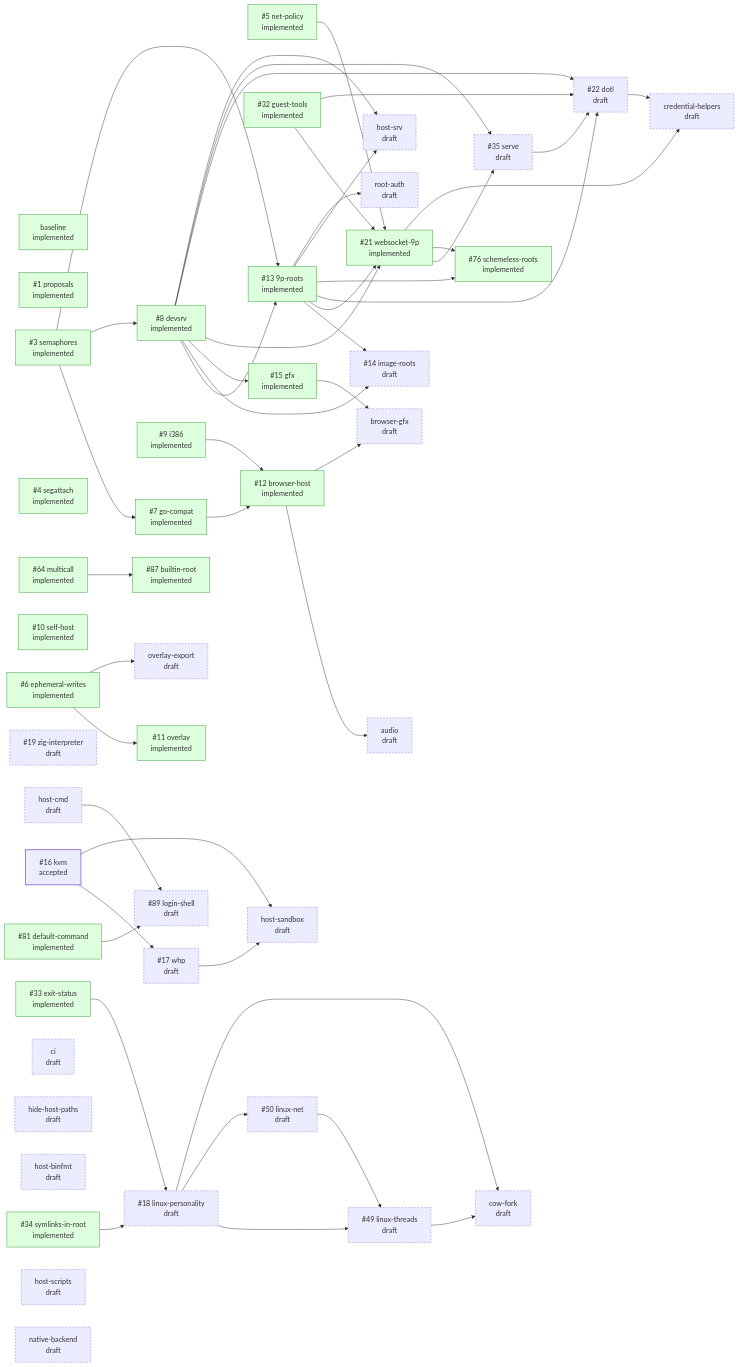
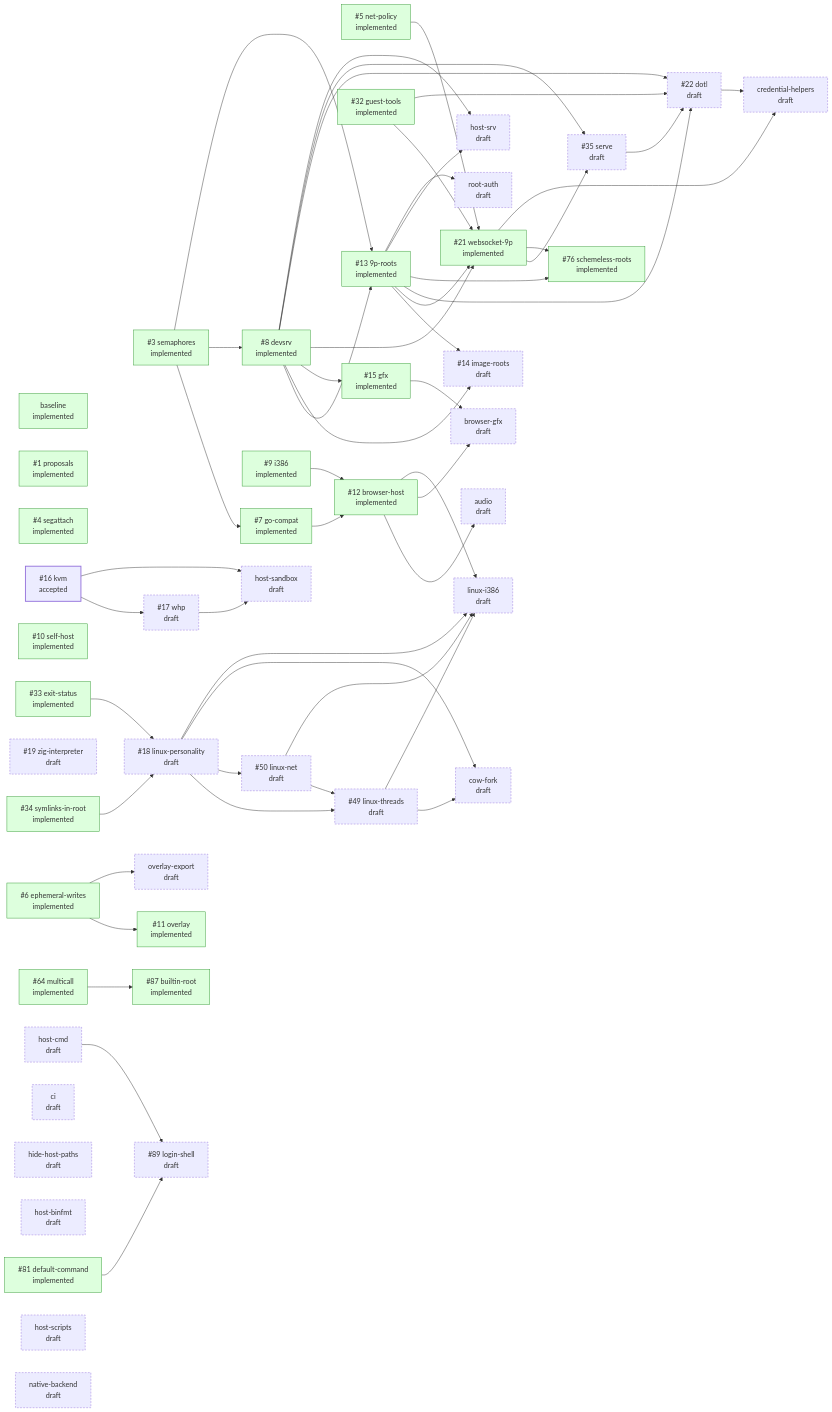
One commit to progrium/hyper9 changed the diagram in design/STATUS.md. Above: the diagram before and after it, drawn with Mermaid. The commit also changed other lines of this file, not shown here.

Commit message:
design: regenerate STATUS.md

````diff
--- a/design/STATUS.md
+++ b/design/STATUS.md
@@ -102,6 +103,7 @@
   p_host_sandbox["host-sandbox<br/>draft"]:::draft
   p_host_scripts["host-scripts<br/>draft"]:::draft
   p_host_srv["host-srv<br/>draft"]:::draft
+  p_linux_i386["linux-i386<br/>draft"]:::draft
   p_native_backend["native-backend<br/>draft"]:::draft
   p_overlay_export["overlay-export<br/>draft"]:::draft
   p_root_auth["root-auth<br/>draft"]:::draft
@@ -147,6 +149,10 @@
   p_whp --> p_host_sandbox
   p_devsrv --> p_host_srv
   p_9p_roots --> p_host_srv
+  p_linux_personality --> p_linux_i386
+  p_linux_threads --> p_linux_i386
+  p_linux_net --> p_linux_i386
+  p_browser_host --> p_linux_i386
   p_ephemeral_writes --> p_overlay_export
   p_9p_roots --> p_root_auth
 ```
````
